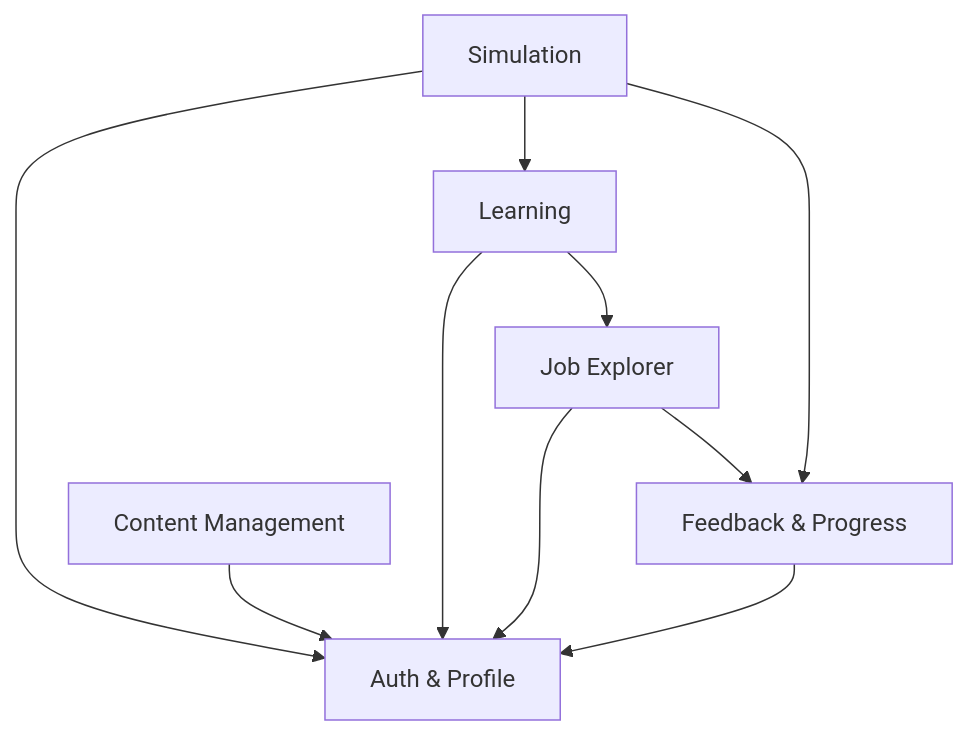
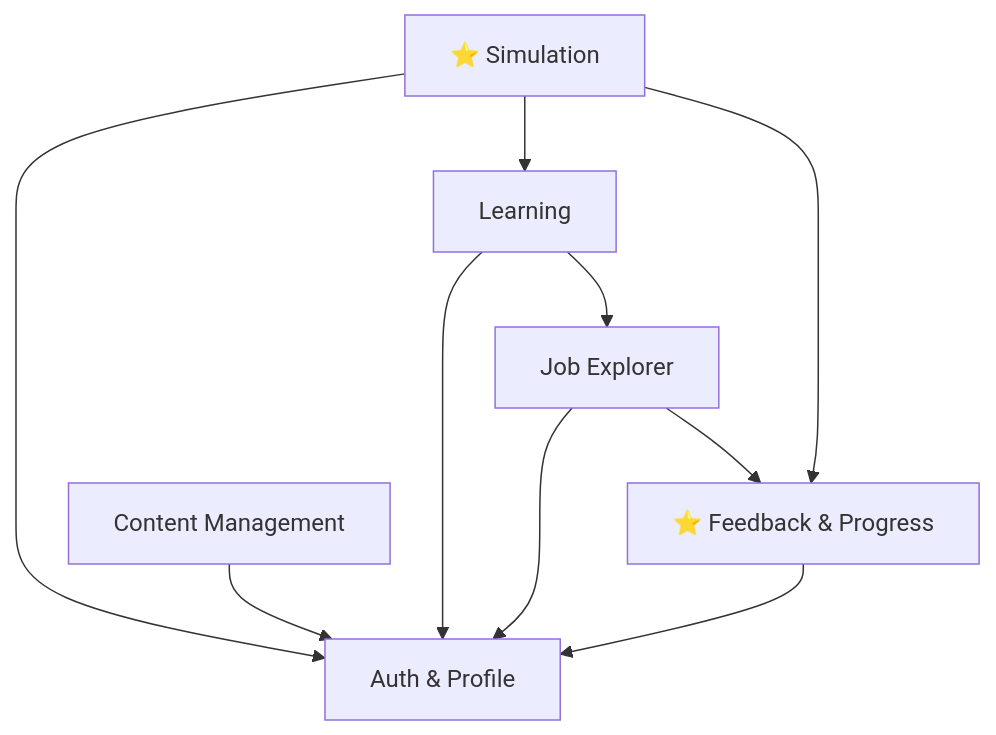
The diagram in D2.md (AZZAMAF/Belajar.id_UAS_SDF), drawn with Mermaid before and after one commit. The commit also changed other lines of this file, not shown here.

First line of the commit message:
Revise module breakdown and user flow details

````diff
--- a/D2.md
+++ b/D2.md
@@ -65,19 +81,19 @@
 ```mermaid
 flowchart TD
     AUTH[Auth & Profile]
     JOB[Job Explorer]
     LRN[Learning]
-    SIM[Simulation]
-    FP[Feedback & Progress]
+    SIM[⭐ Simulation]
+    FP[⭐ Feedback & Progress]
     CM[Content Management]
 
     JOB --> AUTH
+    JOB --> FP
     LRN --> AUTH
     LRN --> JOB
     SIM --> AUTH
     SIM --> LRN
     SIM --> FP
     FP --> AUTH
-    JOB --> FP
     CM --> AUTH
 ```
````
